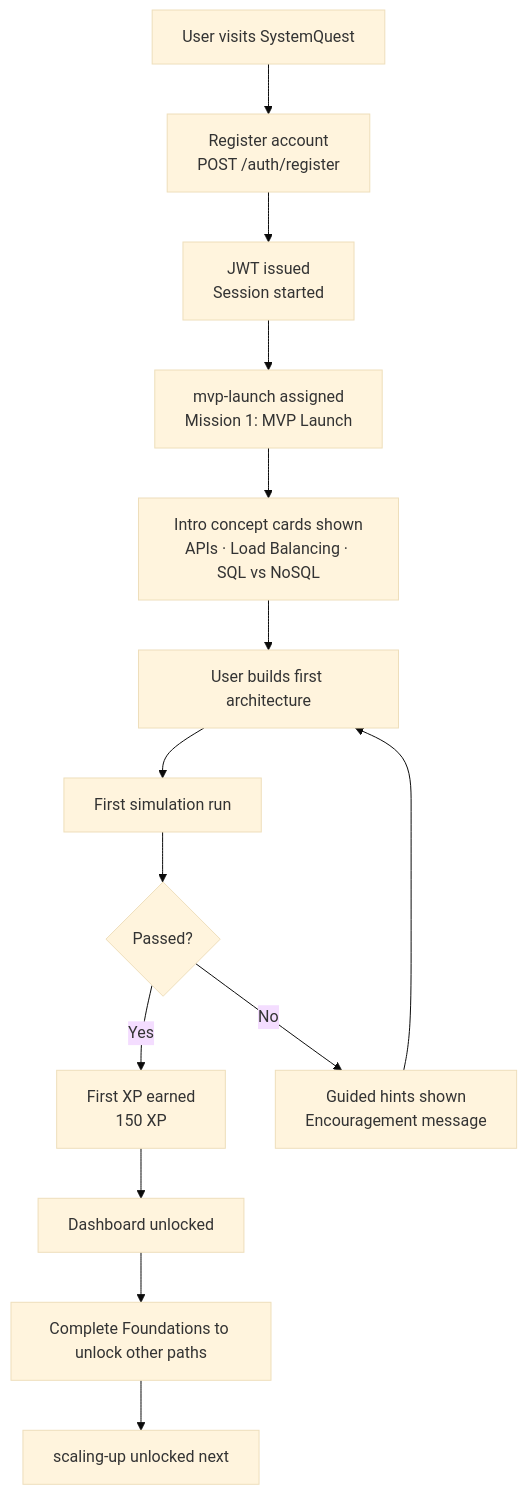
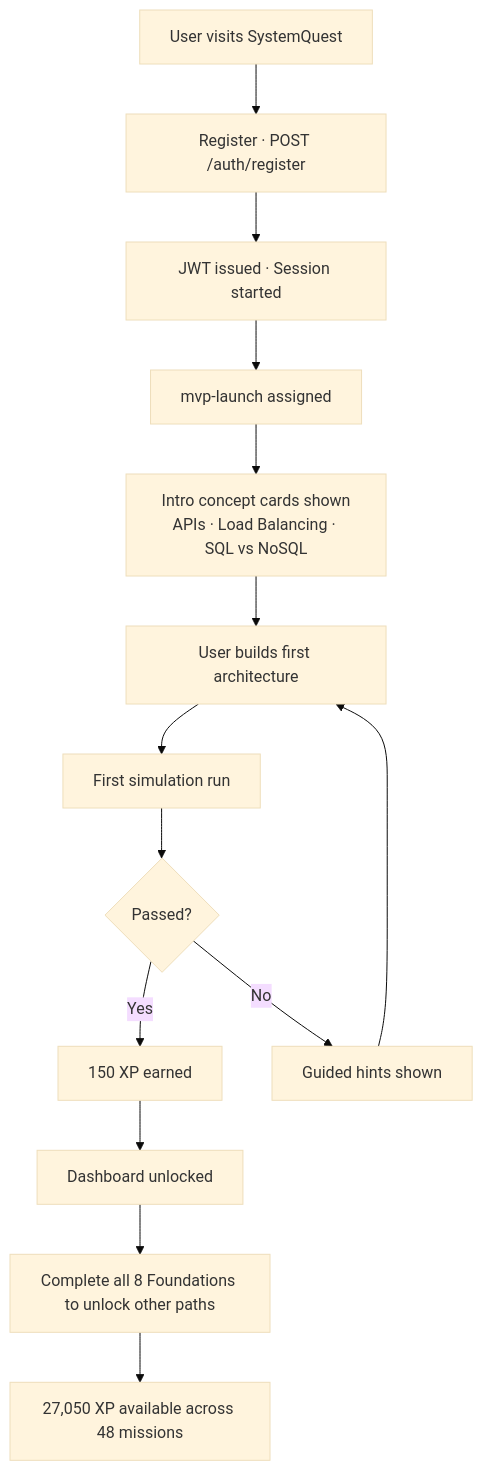
The seventh of 7 diagrams in README.md (nevilshah235/systemquest), drawn with Mermaid (base theme) before and after one commit. The commit also changed other lines of this file, not shown here.

Commit message:
docs: update to 48 missions (Sprint 1+2+3 + LLD) sourced from all seed files

````diff
--- a/README.md
+++ b/README.md
@@ -417,16 +475,16 @@
 ```mermaid
 flowchart TD
-    A[User visits SystemQuest] --> B[Register account\nPOST /auth/register]
-    B --> C[JWT issued\nSession started]
-    C --> D[mvp-launch assigned\nMission 1: MVP Launch]
+    A[User visits SystemQuest] --> B[Register · POST /auth/register]
+    B --> C[JWT issued · Session started]
+    C --> D[mvp-launch assigned]
     D --> E[Intro concept cards shown\nAPIs · Load Balancing · SQL vs NoSQL]
     E --> F[User builds first architecture]
     F --> G[First simulation run]
     G --> H{Passed?}
-    H -- Yes --> I[First XP earned\n150 XP]
-    H -- No --> J[Guided hints shown\nEncouragement message]
+    H -- Yes --> I[150 XP earned]
+    H -- No --> J[Guided hints shown]
     J --> F
     I --> K[Dashboard unlocked]
-    K --> L[Complete Foundations to unlock other paths]
-    L --> M[scaling-up unlocked next]
+    K --> L[Complete all 8 Foundations to unlock other paths]
+    L --> M[27,050 XP available across 48 missions]
 ```
````
